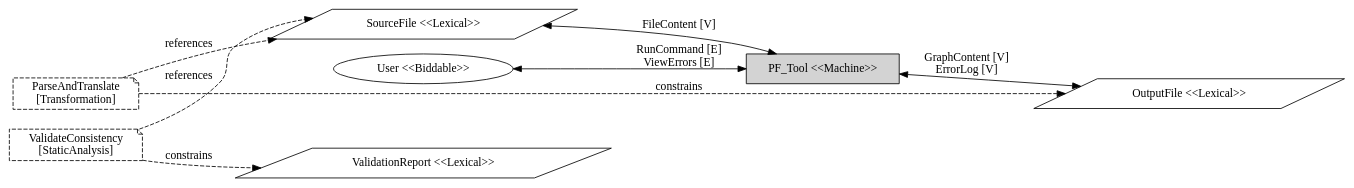
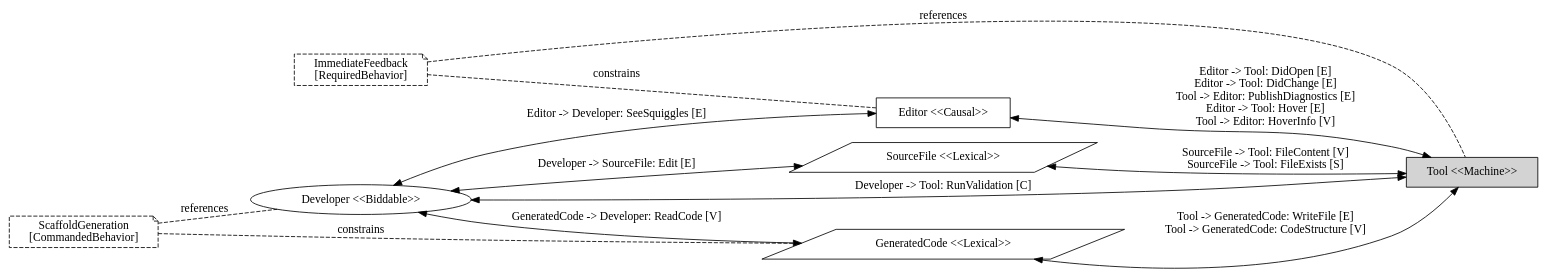
The diagram in crates/pf_dsl/dogfooding/tool_spec.dot (kirill-0440/ProblemFrames), drawn with Graphviz before and after one commit. The commit also changed 4 other files, not shown here.

Commit message:
dogfooding: validate self-models in CI and add roadmap model

```diff
--- a/crates/pf_dsl/dogfooding/tool_spec.dot
+++ b/crates/pf_dsl/dogfooding/tool_spec.dot
@@ -1,18 +1,22 @@
-digraph "ProblemFramesTool" {
+digraph "PF_DSL_Tool" {
     rankdir=LR;
     node [shape=box, style=filled, fillcolor=white];
-    "PF_Tool" [label="PF_Tool <<Machine>>", shape=doublebox, fillcolor=lightgrey];
-    "User" [label="User <<Biddable>>", shape=ellipse, fillcolor=white];
+    "Developer" [label="Developer <<Biddable>>", shape=ellipse, fillcolor=white];
     "SourceFile" [label="SourceFile <<Lexical>>", shape=parallelogram, fillcolor=white];
-    "OutputFile" [label="OutputFile <<Lexical>>", shape=parallelogram, fillcolor=white];
-    "ValidationReport" [label="ValidationReport <<Lexical>>", shape=parallelogram, fillcolor=white];
-    "ParseAndTranslate" [shape=note, style=dashed, label="ParseAndTranslate\n[Transformation]"];
-    "ParseAndTranslate" -> "OutputFile" [style=dashed, arrowheaders=none, label="constrains"];
-    "ParseAndTranslate" -> "SourceFile" [style=dashed, arrowheaders=none, label="references"];
-    "ValidateConsistency" [shape=note, style=dashed, label="ValidateConsistency\n[StaticAnalysis]"];
-    "ValidateConsistency" -> "ValidationReport" [style=dashed, arrowheaders=none, label="constrains"];
-    "ValidateConsistency" -> "SourceFile" [style=dashed, arrowheaders=none, label="references"];
-    "User" -> "PF_Tool" [dir=both, label="RunCommand [E]\nViewErrors [E]"];
-    "SourceFile" -> "PF_Tool" [dir=both, label="FileContent [V]"];
-    "PF_Tool" -> "OutputFile" [dir=both, label="GraphContent [V]\nErrorLog [V]"];
+    "Tool" [label="Tool <<Machine>>", shape=doublebox, fillcolor=lightgrey];
+    "Editor" [label="Editor <<Causal>>", shape=box, fillcolor=white];
+    "GeneratedCode" [label="GeneratedCode <<Lexical>>", shape=parallelogram, fillcolor=white];
+    "ImmediateFeedback" [shape=note, style=dashed, label="ImmediateFeedback\n[RequiredBehavior]"];
+    "ImmediateFeedback" -> "Editor" [style=dashed, arrowhead=none, label="constrains"];
+    "ImmediateFeedback" -> "Tool" [style=dashed, arrowhead=none, label="references"];
+    "ScaffoldGeneration" [shape=note, style=dashed, label="ScaffoldGeneration\n[CommandedBehavior]"];
+    "ScaffoldGeneration" -> "GeneratedCode" [style=dashed, arrowhead=none, label="constrains"];
+    "ScaffoldGeneration" -> "Developer" [style=dashed, arrowhead=none, label="references"];
+    "Developer" -> "Editor" [dir=both, label="Editor -> Developer: SeeSquiggles [E]"];
+    "Developer" -> "GeneratedCode" [dir=both, label="GeneratedCode -> Developer: ReadCode [V]"];
+    "Developer" -> "SourceFile" [dir=both, label="Developer -> SourceFile: Edit [E]"];
+    "Developer" -> "Tool" [dir=both, label="Developer -> Tool: RunValidation [C]"];
+    "Editor" -> "Tool" [dir=both, label="Editor -> Tool: DidOpen [E]\nEditor -> Tool: DidChange [E]\nTool -> Editor: PublishDiagnostics [E]\nEditor -> Tool: Hover [E]\nTool -> Editor: HoverInfo [V]"];
+    "GeneratedCode" -> "Tool" [dir=both, label="Tool -> GeneratedCode: WriteFile [E]\nTool -> GeneratedCode: CodeStructure [V]"];
+    "SourceFile" -> "Tool" [dir=both, label="SourceFile -> Tool: FileContent [V]\nSourceFile -> Tool: FileExists [S]"];
 }
```
